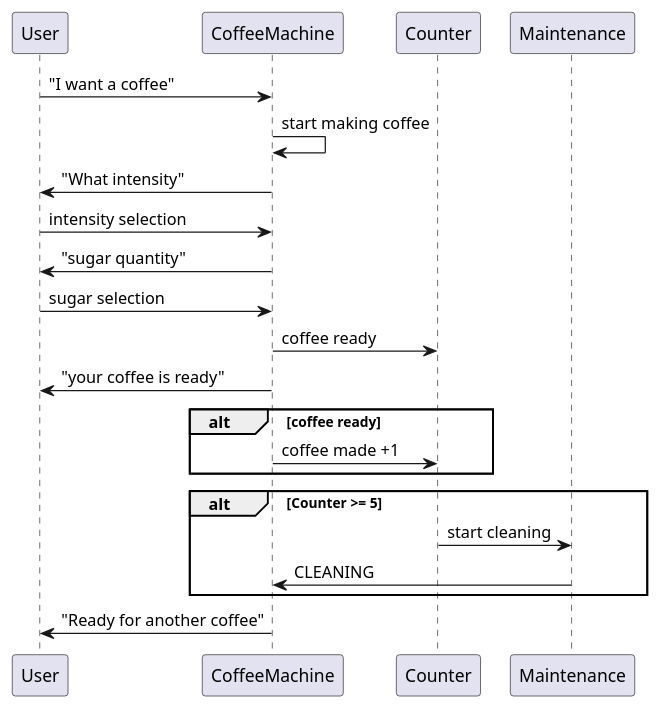
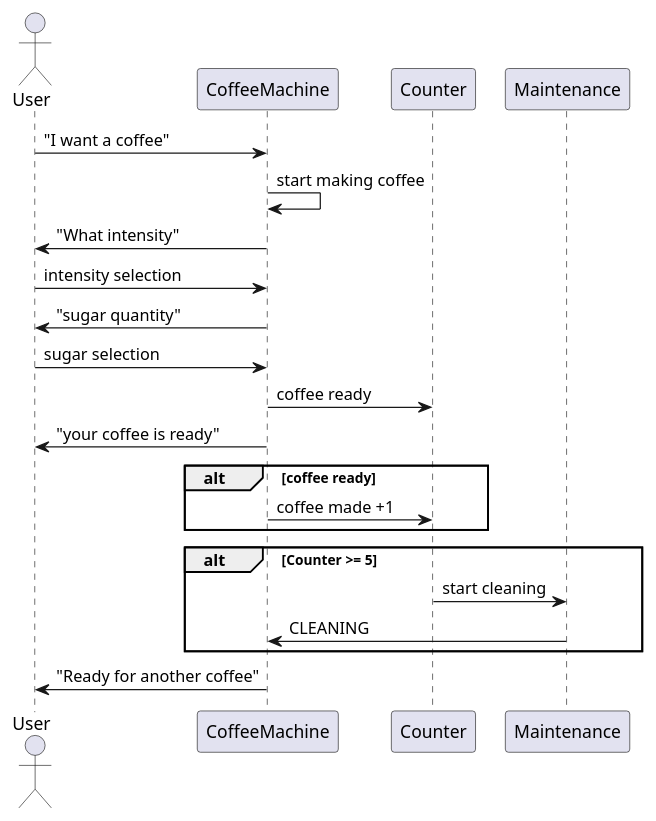
The diagram in mdbook/src/chapter_1.md (MicheleBossini/virtual-PLC), drawn with PlantUML before and after one commit. The commit also changed 3 other files, not shown here.

Commit message:
adding function call sequence diagram

````diff
--- a/mdbook/src/chapter_1.md
+++ b/mdbook/src/chapter_1.md
@@ -11,20 +11,22 @@
 ``` plantuml
 @startuml
+actor "User" as User
+
 User -> CoffeeMachine : "I want a coffee"
 CoffeeMachine -> CoffeeMachine : start making coffee
 CoffeeMachine -> User : "What intensity"
 User -> CoffeeMachine : intensity selection
 CoffeeMachine -> User : "sugar quantity"
 User -> CoffeeMachine : sugar selection
 CoffeeMachine -> Counter : coffee ready
 CoffeeMachine -> User : "your coffee is ready"
 alt coffee ready 
 CoffeeMachine -> Counter : coffee made +1
 end
 alt Counter >= 5
 Counter -> Maintenance : start cleaning
 Maintenance -> CoffeeMachine : CLEANING
 end 
 CoffeeMachine -> User :"Ready for another coffee"
 @enduml
 ```
````
